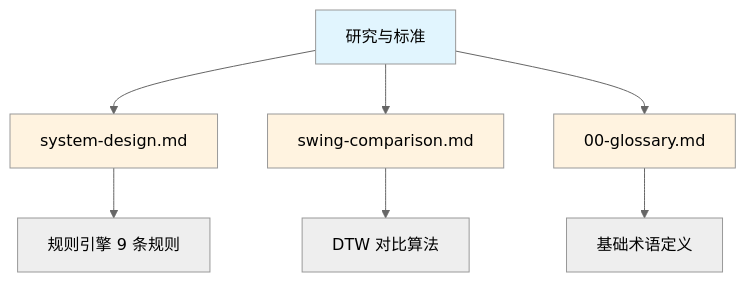
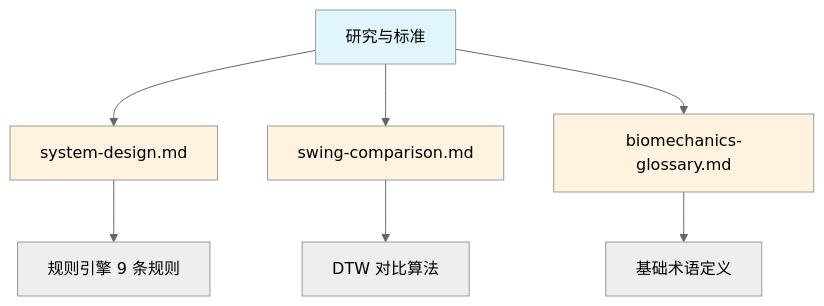
One commit to movement-chain-ai/movement-chain-docs changed the diagram in docs/zh/design/research/index.md. Above: the diagram before and after it, drawn with Mermaid (neutral theme). The commit also changed other lines of this file and 13 other files, not shown here.

````diff
--- a/docs/zh/design/research/index.md
+++ b/docs/zh/design/research/index.md
@@ -64,15 +64,15 @@
 ```mermaid
 graph TD
     A[研究与标准] --> B[system-design.md]
     A --> C[swing-comparison.md]
-    A --> D[00-glossary.md]
+    A --> D[biomechanics-glossary.md]
 
     B --> E[规则引擎 9 条规则]
     C --> F[DTW 对比算法]
     D --> G[基础术语定义]
 
     style A fill:#e1f5fe
     style B fill:#fff3e0
     style C fill:#fff3e0
     style D fill:#fff3e0
 ```
````
